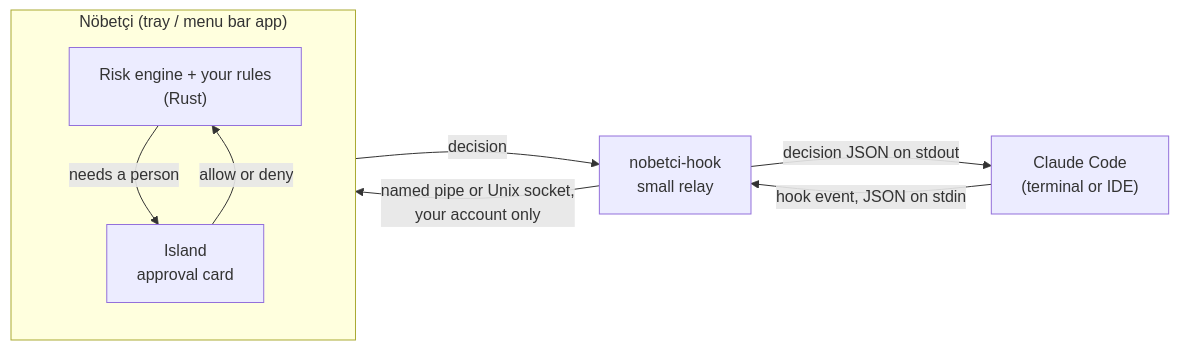
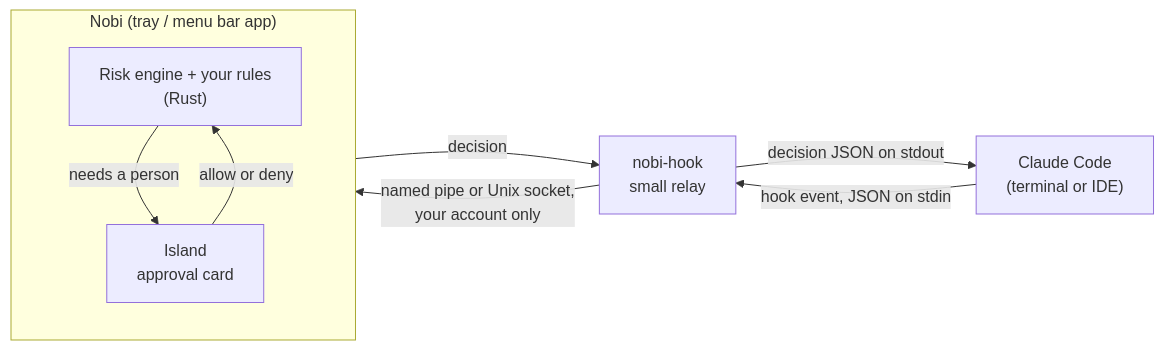
Before and after one commit to tahap0l/nobetci: the diagram in README.md, drawn with Mermaid. The commit also changed other lines of this file and 197 other files, not shown here.

First line of the commit message:
Rename Nöbetçi to Nobi (3.0.0) with automatic migration (#41)

````diff
--- a/README.md
+++ b/README.md
@@ -171,16 +173,16 @@
 ```mermaid
 flowchart LR
     CC["Claude Code<br/>(terminal or IDE)"]
-    R["nobetci-hook<br/>small relay"]
-    subgraph APP["Nöbetçi (tray / menu bar app)"]
+    R["nobi-hook<br/>small relay"]
+    subgraph APP["Nobi (tray / menu bar app)"]
         direction TB
         E["Risk engine + your rules<br/>(Rust)"]
         I["Island<br/>approval card"]
     end
     CC -- "hook event, JSON on stdin" --> R
     R -- "named pipe or Unix socket,<br/>your account only" --> E
     E -- "needs a person" --> I
     I -- "allow or deny" --> E
     E -- "decision" --> R
     R -- "decision JSON on stdout" --> CC
 ```
````
